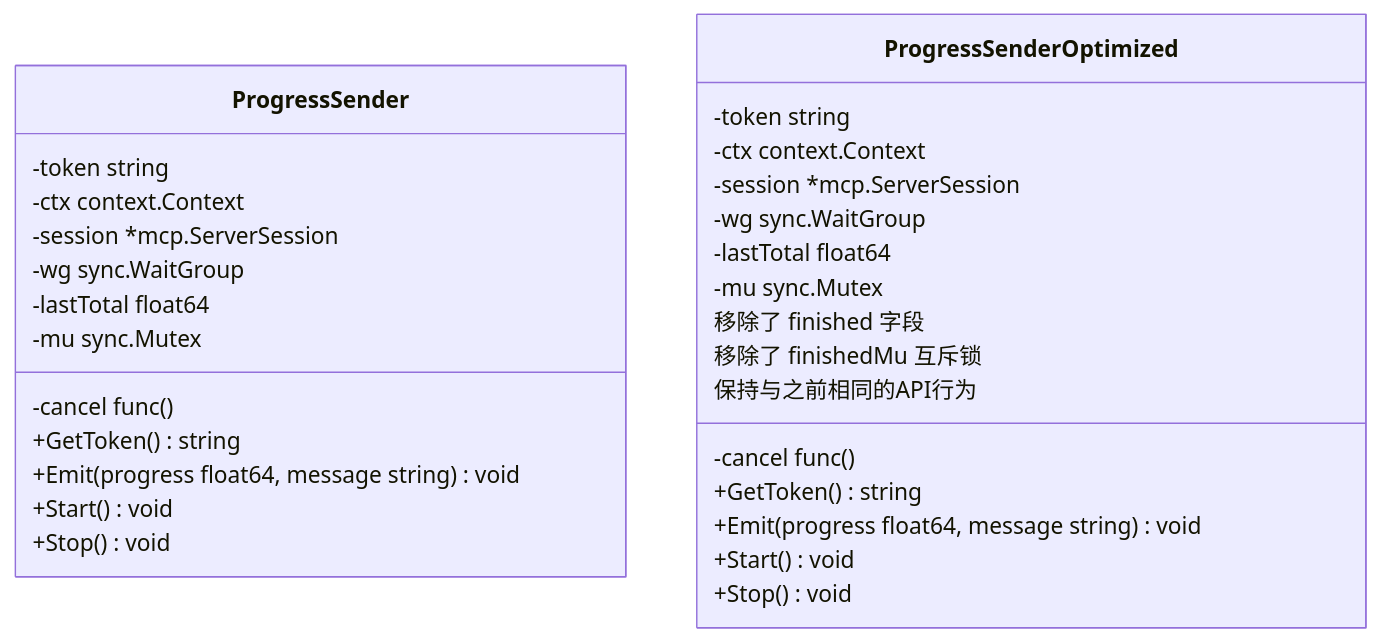
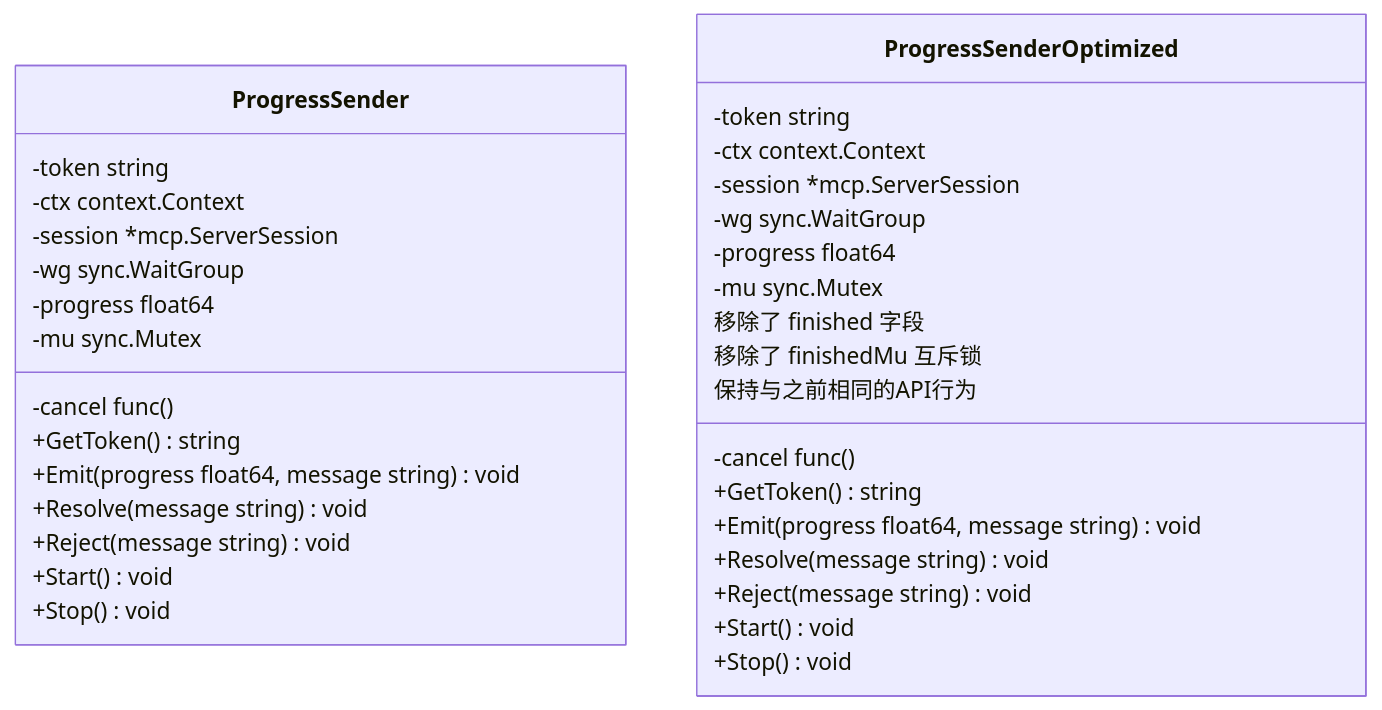
Before and after one commit to maomao94/zero-service: the ninth of 17 diagrams in .qoder/repowiki/zh/content/Mcpx客户端包.md, drawn with Mermaid. The commit also changed other lines of this file and 59 other files, not shown here.

````diff
--- a/.qoder/repowiki/zh/content/Mcpx客户端包.md
+++ b/.qoder/repowiki/zh/content/Mcpx客户端包.md
@@ -467,32 +468,36 @@
 ```mermaid
 classDiagram
 class ProgressSender {
 -token string
 -ctx context.Context
 -session *mcp.ServerSession
 -cancel func()
 -wg sync.WaitGroup
--lastTotal float64
+-progress float64
 -mu sync.Mutex
 +GetToken() string
 +Emit(progress float64, message string) void
++Resolve(message string) void
++Reject(message string) void
 +Start() void
 +Stop() void
 }
 class ProgressSenderOptimized {
 -token string
 -ctx context.Context
 -session *mcp.ServerSession
 -cancel func()
 -wg sync.WaitGroup
--lastTotal float64
+-progress float64
 -mu sync.Mutex
 +GetToken() string
 +Emit(progress float64, message string) void
++Resolve(message string) void
++Reject(message string) void
 +Start() void
 +Stop() void
 }
 ProgressSenderOptimized : 移除了 finished 字段
 ProgressSenderOptimized : 移除了 finishedMu 互斥锁
 ProgressSenderOptimized : 保持与之前相同的API行为
 ```
````
